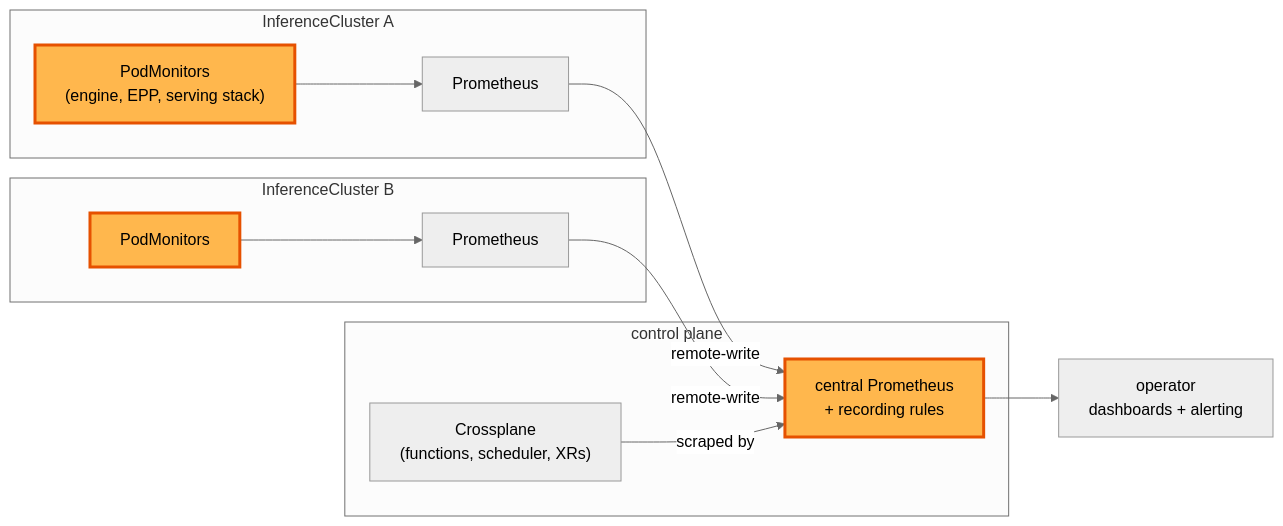
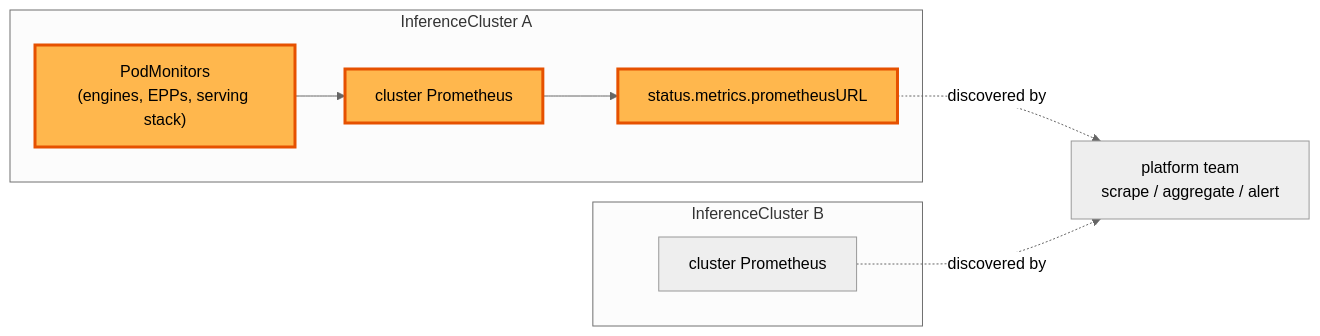
Before and after one commit to modelplaneai/modelplane: the diagram in design/metrics.md, drawn with Mermaid (neutral theme). The commit also changed other lines of this file, not shown here.

First line of the commit message:
Scope metrics to per-cluster collection plus a discoverable URL

````diff
--- a/design/metrics.md
+++ b/design/metrics.md
@@ -148,24 +161,18 @@
 ```mermaid
 flowchart LR
     subgraph icA["InferenceCluster A"]
-        PMA["PodMonitors\n(engine, EPP, serving stack)"]
-        PRA["Prometheus"]
+        PMA["PodMonitors\n(engines, EPPs, serving stack)"]
+        PRA["cluster Prometheus"]
+        STA["status.metrics.prometheusURL"]
     end
     subgraph icB["InferenceCluster B"]
-        PMB["PodMonitors"]
-        PRB["Prometheus"]
+        PRB["cluster Prometheus"]
     end
-    subgraph cpl["control plane"]
-        XP["Crossplane\n(functions, scheduler, XRs)"]
-        CENT["central Prometheus\n+ recording rules"]
-    end
-    OP["operator\ndashboards + alerting"]
+    PT["platform team\nscrape / aggregate / alert"]
     PMA --> PRA
-    PMB --> PRB
-    PRA -->|remote-write| CENT
-    PRB -->|remote-write| CENT
-    XP -->|scraped by| CENT
-    CENT --> OP
+    PRA --> STA
+    STA -.discovered by.-> PT
+    PRB -.discovered by.-> PT
     classDef new fill:#ffb74d,stroke:#e65100,stroke-width:3px,color:#000;
-    class CENT,PMA,PMB new
+    class PMA,PRA,STA new
 ```
````
